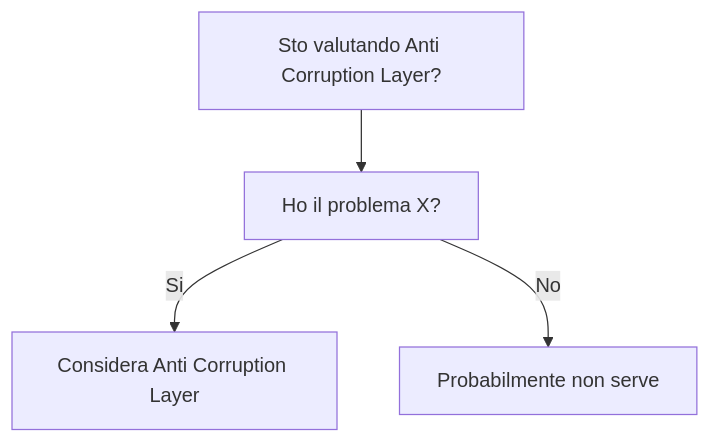
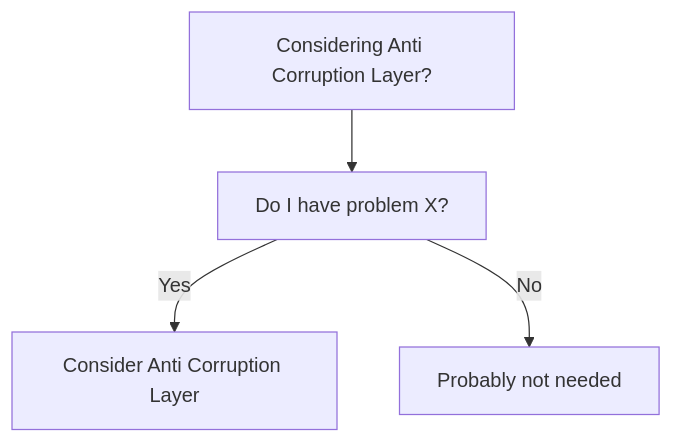
Before and after one commit to HxT9/Software-Dev-Wiki: the diagram in dev-wiki/20_DDD/Anti_Corruption_Layer/When_To_Use.md, drawn with Mermaid. The commit also changed other lines of this file and 3444 other files, not shown here.

````diff
--- a/dev-wiki/20_DDD/Anti_Corruption_Layer/When_To_Use.md
+++ b/dev-wiki/20_DDD/Anti_Corruption_Layer/When_To_Use.md
@@ -19,6 +19,6 @@
 ```mermaid
 flowchart TD
-  Q[Sto valutando Anti Corruption Layer?] --> Q1[Ho il problema X?]
-  Q1 -->|Si| OK[Considera Anti Corruption Layer]
-  Q1 -->|No| NO[Probabilmente non serve]
+  Q[Considering Anti Corruption Layer?] --> Q1[Do I have problem X?]
+  Q1 -->|Yes| OK[Consider Anti Corruption Layer]
+  Q1 -->|No| NO[Probably not needed]
 ```
````
